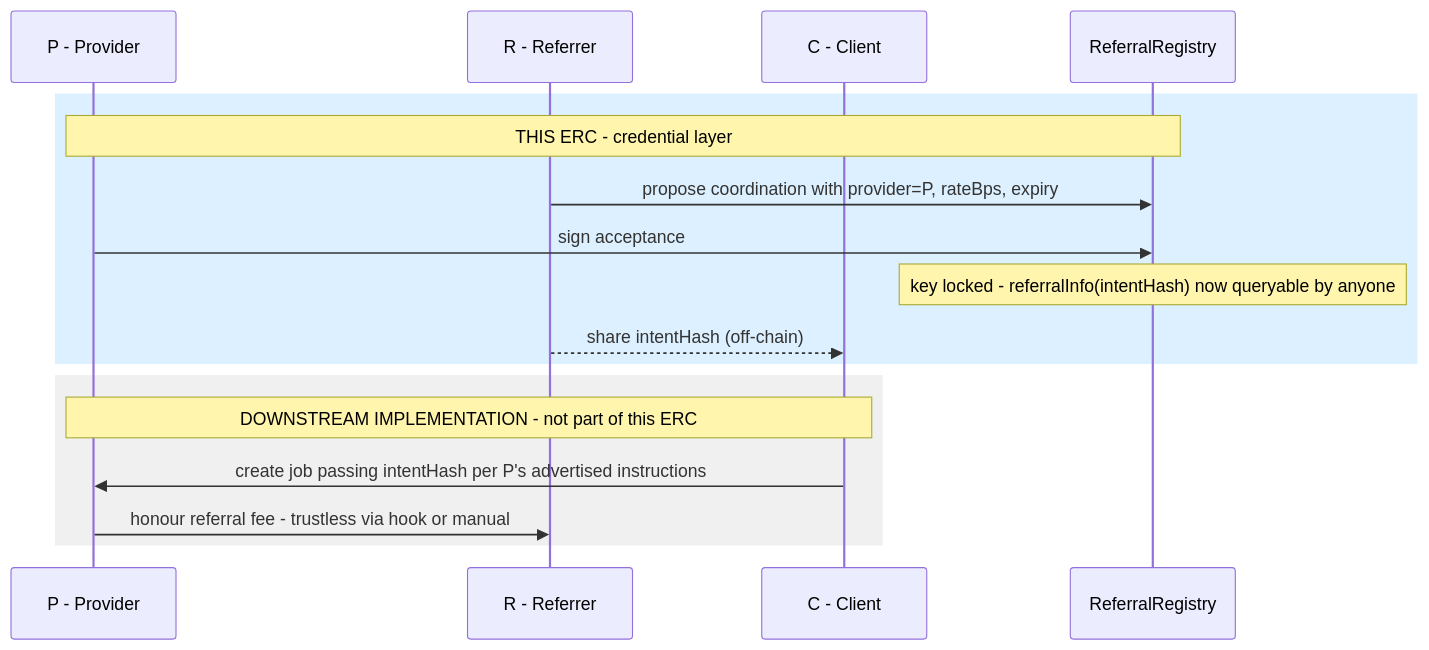
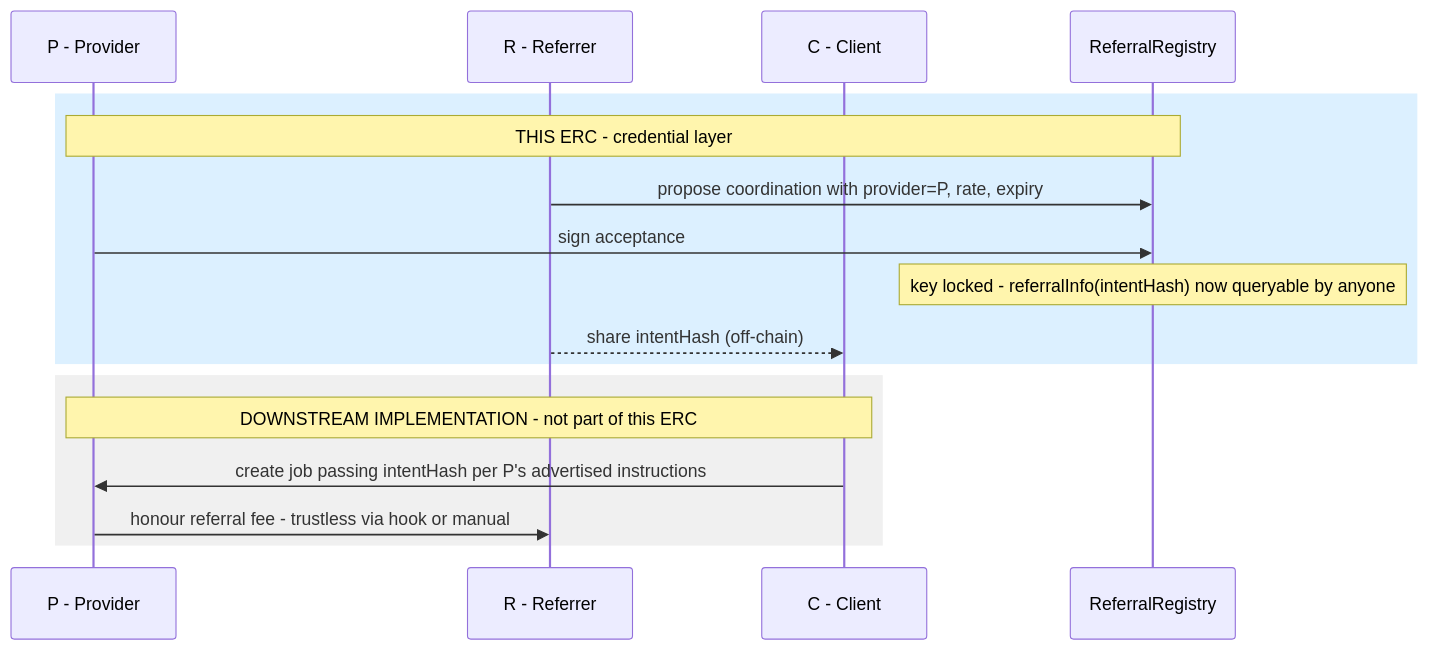
Before and after one commit to luca-nik/a2a-referral-erc: the diagram in README.md, drawn with Mermaid. The commit also changed other lines of this file and 2 other files, not shown here.

First line of the commit message:
Rename referralRateBps to referralRate across all live docs

````diff
--- a/README.md
+++ b/README.md
@@ -40,24 +40,24 @@
 ```mermaid
 sequenceDiagram
     participant P as P - Provider
     participant R as R - Referrer
     participant C as C - Client
     participant RC as ReferralRegistry
 
     rect rgb(220, 240, 255)
         note over P,RC: THIS ERC - credential layer
 
-        R->>RC: propose coordination with provider=P, rateBps, expiry
+        R->>RC: propose coordination with provider=P, rate, expiry
         P->>RC: sign acceptance
         note over RC: key locked - referralInfo(intentHash) now queryable by anyone
 
         R-->>C: share intentHash (off-chain)
     end
 
     rect rgb(240, 240, 240)
         note over P,C: DOWNSTREAM IMPLEMENTATION - not part of this ERC
 
         C->>P: create job passing intentHash per P's advertised instructions
         P->>R: honour referral fee - trustless via hook or manual
     end
 ```
````
